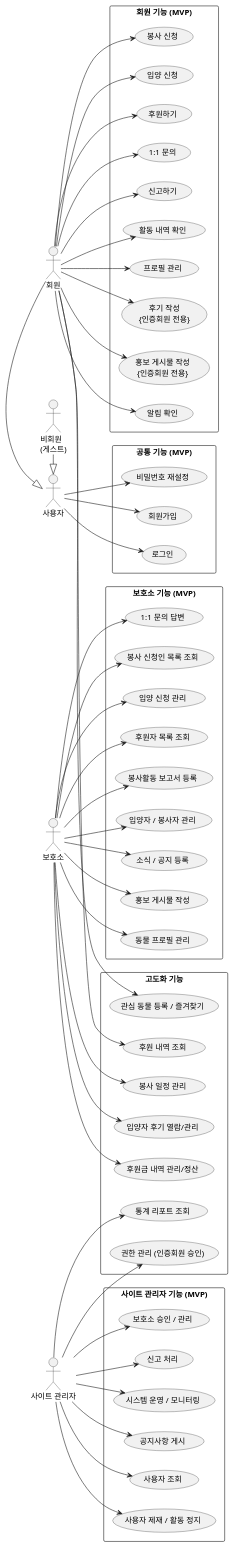
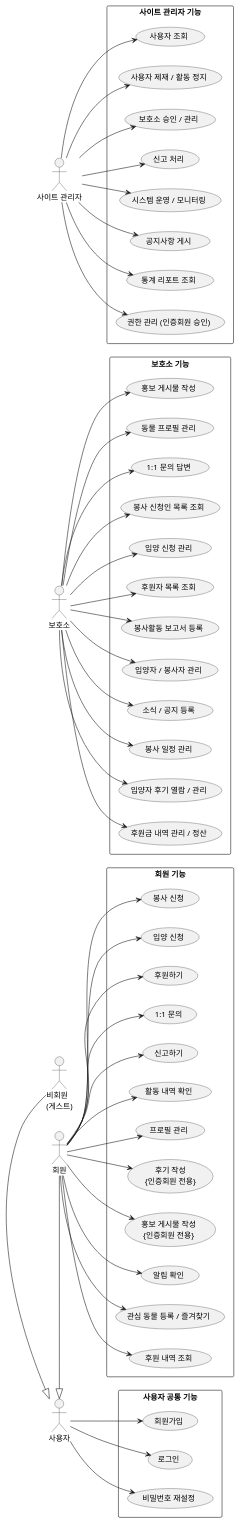
One commit to teperie/edus changed the diagram in sql_queries/hello.plantuml. Above: the diagram before and after it, drawn with PlantUML.

```diff
--- a/sql_queries/hello.plantuml
+++ b/sql_queries/hello.plantuml
@@ -1,114 +1,110 @@
 @startuml
 left to right direction
 skinparam packageStyle rectangle
 
 ' Actor 정의
 actor "사용자" as User
 actor "비회원\n(게스트)" as Guest
 actor "회원" as Member
 actor "보호소" as Shelter
 actor "사이트 관리자" as Admin
 
 ' 상속 관계
 Guest -|> User
 Member -|> User
 
-' MVP 공통 기능
-package "공통 기능 (MVP)" {
+' 사용자 공통 기능
+package "사용자 공통 기능" {
   usecase "회원가입" as UC1
   usecase "로그인" as UC2
   usecase "비밀번호 재설정" as UC3
 }
 
-' MVP 회원 기능
-package "회원 기능 (MVP)" {
+' 회원 기능
+package "회원 기능" {
   usecase "봉사 신청" as UC4
   usecase "입양 신청" as UC5
   usecase "후원하기" as UC6
   usecase "1:1 문의" as UC7
   usecase "신고하기" as UC8
   usecase "활동 내역 확인" as UC9
   usecase "프로필 관리" as UC10
   usecase "후기 작성\n{인증회원 전용}" as UC11
   usecase "홍보 게시물 작성\n{인증회원 전용}" as UC12
   usecase "알림 확인" as UC13
+  usecase "관심 동물 등록 / 즐겨찾기" as UC14
+  usecase "후원 내역 조회" as UC15
 }
 
-' MVP 보호소 기능
-package "보호소 기능 (MVP)" {
-  usecase "홍보 게시물 작성" as UC14
-  usecase "동물 프로필 관리" as UC15
-  usecase "1:1 문의 답변" as UC16
-  usecase "봉사 신청인 목록 조회" as UC17
-  usecase "입양 신청 관리" as UC18
-  usecase "후원자 목록 조회" as UC19
-  usecase "봉사활동 보고서 등록" as UC20
-  usecase "입양자 / 봉사자 관리" as UC21
-  usecase "소식 / 공지 등록" as UC22
+' 보호소 기능
+package "보호소 기능" {
+  usecase "홍보 게시물 작성" as UC16
+  usecase "동물 프로필 관리" as UC17
+  usecase "1:1 문의 답변" as UC18
+  usecase "봉사 신청인 목록 조회" as UC19
+  usecase "입양 신청 관리" as UC20
+  usecase "후원자 목록 조회" as UC21
+  usecase "봉사활동 보고서 등록" as UC22
+  usecase "입양자 / 봉사자 관리" as UC23
+  usecase "소식 / 공지 등록" as UC24
+  usecase "봉사 일정 관리" as UC25
+  usecase "입양자 후기 열람 / 관리" as UC26
+  usecase "후원금 내역 관리 / 정산" as UC27
 }
 
-' MVP 관리자 기능
-package "사이트 관리자 기능 (MVP)" {
-  usecase "사용자 조회" as UC23
-  usecase "사용자 제재 / 활동 정지" as UC24
-  usecase "보호소 승인 / 관리" as UC25
-  usecase "신고 처리" as UC26
-  usecase "시스템 운영 / 모니터링" as UC27
-  usecase "공지사항 게시" as UC28
-}
-
-' 고도화 기능 (주석, 색상으로 구분)
-package "고도화 기능" {
-  usecase "관심 동물 등록 / 즐겨찾기" as UC29
-  usecase "후원 내역 조회" as UC30
-  usecase "봉사 일정 관리" as UC31
-  usecase "입양자 후기 열람/관리" as UC32
-  usecase "후원금 내역 관리/정산" as UC33
+' 관리자 기능
+package "사이트 관리자 기능" {
+  usecase "사용자 조회" as UC28
+  usecase "사용자 제재 / 활동 정지" as UC29
+  usecase "보호소 승인 / 관리" as UC30
+  usecase "신고 처리" as UC31
+  usecase "시스템 운영 / 모니터링" as UC32
+  usecase "공지사항 게시" as UC33
   usecase "통계 리포트 조회" as UC34
   usecase "권한 관리 (인증회원 승인)" as UC35
 }
 
 ' 공통 기능 연결
 User --> UC1
 User --> UC2
 User --> UC3
 
 ' 회원 기능 연결
 Member --> UC4
 Member --> UC5
 Member --> UC6
 Member --> UC7
 Member --> UC8
 Member --> UC9
 Member --> UC10
 Member --> UC11
 Member --> UC12
 Member --> UC13
-Member --> UC29
-Member --> UC30
+Member --> UC14
+Member --> UC15
 
 ' 보호소 기능 연결
-Shelter --> UC14
-Shelter --> UC15
 Shelter --> UC16
 Shelter --> UC17
 Shelter --> UC18
 Shelter --> UC19
 Shelter --> UC20
 Shelter --> UC21
 Shelter --> UC22
-Shelter --> UC31
-Shelter --> UC32
-Shelter --> UC33
+Shelter --> UC23
+Shelter --> UC24
+Shelter --> UC25
+Shelter --> UC26
+Shelter --> UC27
 
 ' 관리자 기능 연결
-Admin --> UC23
-Admin --> UC24
-Admin --> UC25
-Admin --> UC26
-Admin --> UC27
 Admin --> UC28
+Admin --> UC29
+Admin --> UC30
+Admin --> UC31
+Admin --> UC32
+Admin --> UC33
 Admin --> UC34
 Admin --> UC35
 
 @enduml
```
